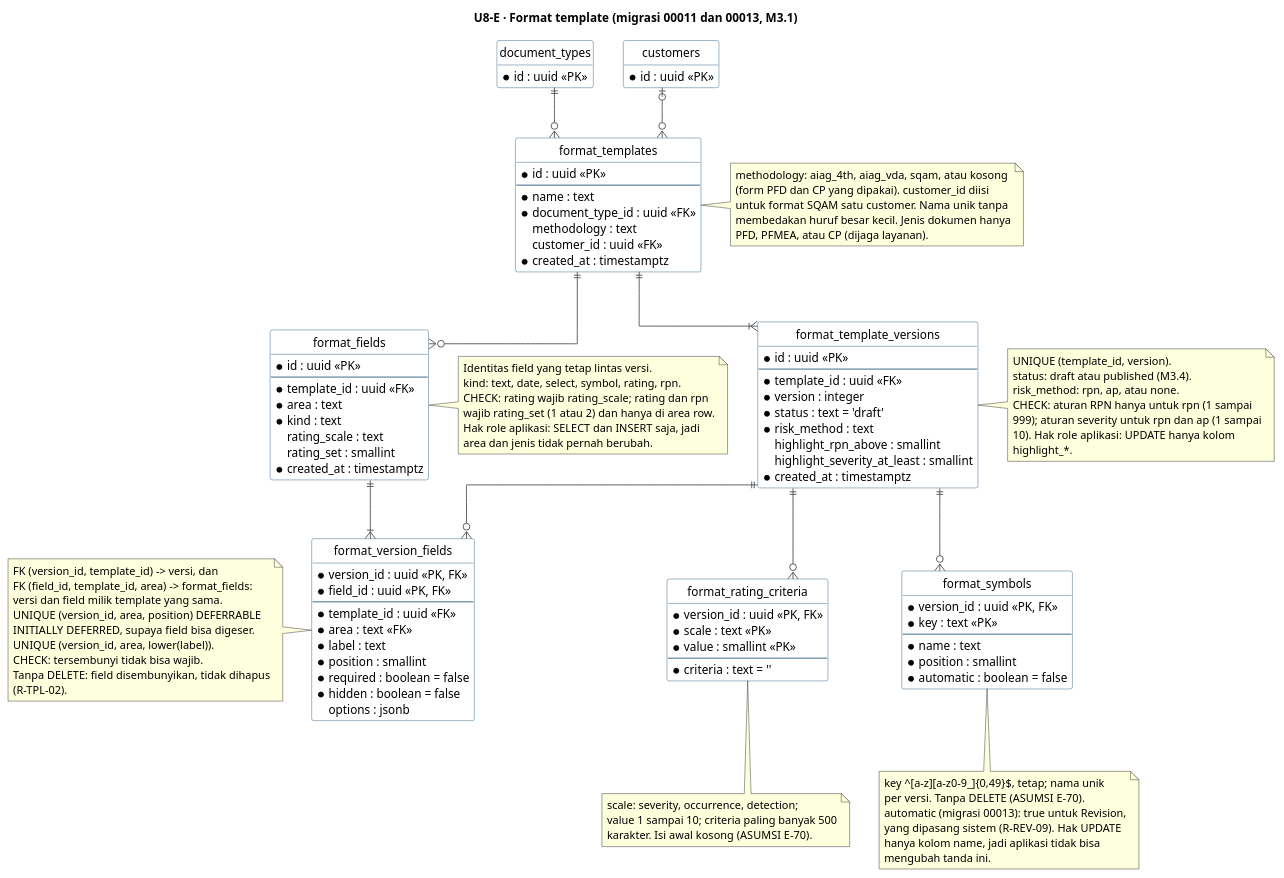
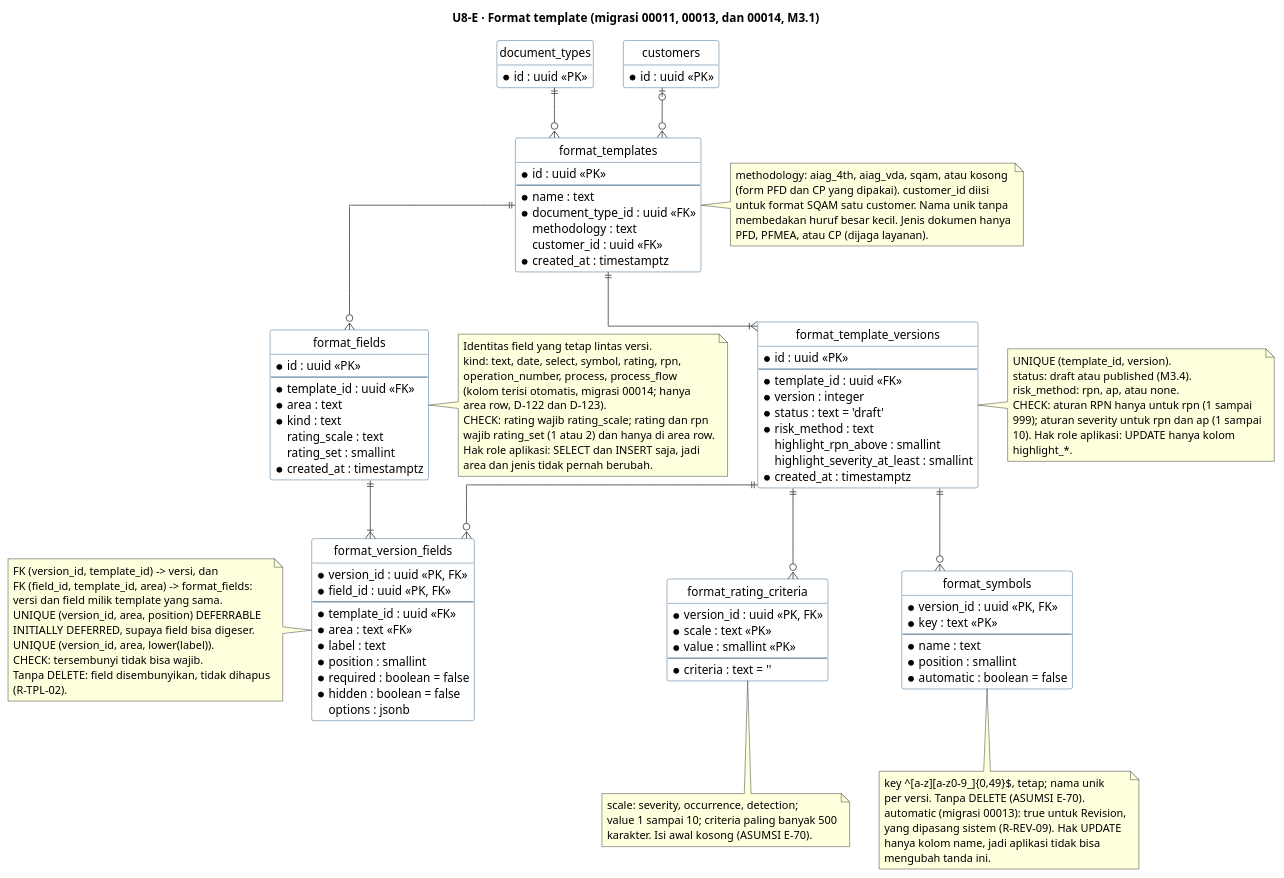
Before and after one commit to dkpauzi/revioten: the fifth of 6 diagrams in docs/uml/U8-erd.puml, drawn with PlantUML. The commit also changed other lines of this file and 21 other files, not shown here.

```diff
--- a/docs/uml/U8-erd.puml
+++ b/docs/uml/U8-erd.puml
@@ -599,145 +599,148 @@
 @startuml U8-E-format-template
 hide circle
 hide empty members
 skinparam linetype ortho
 skinparam shadowing false
 skinparam ArrowColor #444444
 skinparam ClassBorderColor #1F4E79
 skinparam ClassBackgroundColor #FFFFFF
 
-title U8-E · Format template (migrasi 00011 dan 00013, M3.1)
+title U8-E · Format template (migrasi 00011, 00013, dan 00014, M3.1)
 
 entity "format_templates" as format_templates {
   * id : uuid <<PK>>
   --
   * name : text
   * document_type_id : uuid <<FK>>
   methodology : text
   customer_id : uuid <<FK>>
   * created_at : timestamptz
 }
 
 entity "format_template_versions" as format_template_versions {
   * id : uuid <<PK>>
   --
   * template_id : uuid <<FK>>
   * version : integer
   * status : text = 'draft'
   * risk_method : text
   highlight_rpn_above : smallint
   highlight_severity_at_least : smallint
   * created_at : timestamptz
 }
 
 entity "format_fields" as format_fields {
   * id : uuid <<PK>>
   --
   * template_id : uuid <<FK>>
   * area : text
   * kind : text
   rating_scale : text
   rating_set : smallint
   * created_at : timestamptz
 }
 
 entity "format_version_fields" as format_version_fields {
   * version_id : uuid <<PK, FK>>
   * field_id : uuid <<PK, FK>>
   --
   * template_id : uuid <<FK>>
   * area : text <<FK>>
   * label : text
   * position : smallint
   * required : boolean = false
   * hidden : boolean = false
   options : jsonb
 }
 
 entity "format_rating_criteria" as format_rating_criteria {
   * version_id : uuid <<PK, FK>>
   * scale : text <<PK>>
   * value : smallint <<PK>>
   --
   * criteria : text = ''
 }
 
 entity "format_symbols" as format_symbols {
   * version_id : uuid <<PK, FK>>
   * key : text <<PK>>
   --
   * name : text
   * position : smallint
   * automatic : boolean = false
 }
 
 entity "document_types" as document_types_e {
   * id : uuid <<PK>>
 }
 
 entity "customers" as customers_e {
   * id : uuid <<PK>>
 }
 
 document_types_e ||--o{ format_templates
 customers_e |o--o{ format_templates
 format_templates ||--|{ format_template_versions
 format_templates ||--o{ format_fields
 format_template_versions ||--o{ format_version_fields
 format_fields ||--|{ format_version_fields
 format_template_versions ||--o{ format_rating_criteria
 format_template_versions ||--o{ format_symbols
 
 note right of format_templates
   methodology: aiag_4th, aiag_vda, sqam, atau kosong
   (form PFD dan CP yang dipakai). customer_id diisi
   untuk format SQAM satu customer. Nama unik tanpa
   membedakan huruf besar kecil. Jenis dokumen hanya
   PFD, PFMEA, atau CP (dijaga layanan).
 end note
 
 note right of format_template_versions
   UNIQUE (template_id, version).
   status: draft atau published (M3.4).
   risk_method: rpn, ap, atau none.
   CHECK: aturan RPN hanya untuk rpn (1 sampai
   999); aturan severity untuk rpn dan ap (1 sampai
   10). Hak role aplikasi: UPDATE hanya kolom
   highlight_*.
 end note
 
 note right of format_fields
   Identitas field yang tetap lintas versi.
-  kind: text, date, select, symbol, rating, rpn.
+  kind: text, date, select, symbol, rating, rpn,
+  operation_number, process, process_flow
+  (kolom terisi otomatis, migrasi 00014; hanya
+  area row, D-122 dan D-123).
   CHECK: rating wajib rating_scale; rating dan rpn
   wajib rating_set (1 atau 2) dan hanya di area row.
   Hak role aplikasi: SELECT dan INSERT saja, jadi
   area dan jenis tidak pernah berubah.
 end note
 
 note left of format_version_fields
   FK (version_id, template_id) -> versi, dan
   FK (field_id, template_id, area) -> format_fields:
   versi dan field milik template yang sama.
   UNIQUE (version_id, area, position) DEFERRABLE
   INITIALLY DEFERRED, supaya field bisa digeser.
   UNIQUE (version_id, area, lower(label)).
   CHECK: tersembunyi tidak bisa wajib.
   Tanpa DELETE: field disembunyikan, tidak dihapus
   (R-TPL-02).
 end note
 
 note bottom of format_rating_criteria
   scale: severity, occurrence, detection;
   value 1 sampai 10; criteria paling banyak 500
   karakter. Isi awal kosong (ASUMSI E-70).
 end note
 
 note bottom of format_symbols
   key ^[a-z][a-z0-9_]{0,49}$, tetap; nama unik
   per versi. Tanpa DELETE (ASUMSI E-70).
   automatic (migrasi 00013): true untuk Revision,
   yang dipasang sistem (R-REV-09). Hak UPDATE
   hanya kolom name, jadi aplikasi tidak bisa
   mengubah tanda ini.
 end note
 @enduml
```
